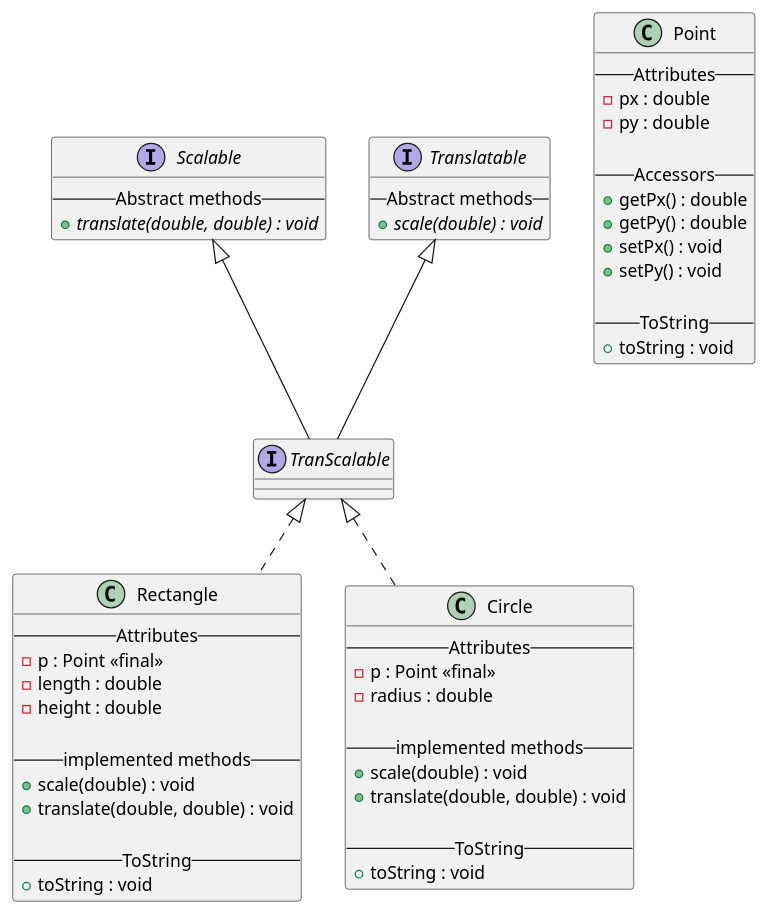
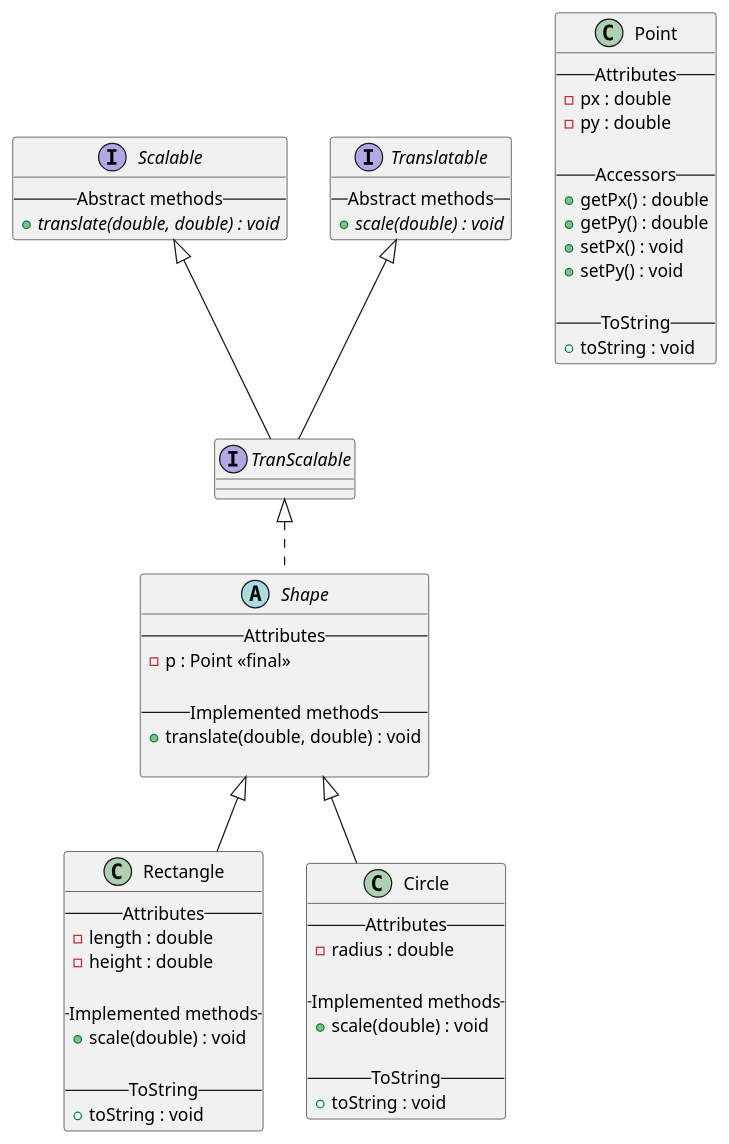
The diagram in 06 - Heritage_Interfaces/src/main/exercise_1/exercise_1.puml (nabil-elma-dev/EPFC-Object-Oriented-Programming), drawn with PlantUML before and after one commit. The commit also changed 3 other files, not shown here.

Commit message:
refactor(interfaces): adding abstract class shape on ex_1

```diff
--- a/06 - Heritage_Interfaces/src/main/exercise_1/exercise_1.puml
+++ b/06 - Heritage_Interfaces/src/main/exercise_1/exercise_1.puml
@@ -1,63 +1,68 @@
 @startuml
 'https://plantuml.com/class-diagram
 
 interface Scalable {
 -- Abstract methods --
     {abstract} + translate(double, double) : void
 }
 
 interface Translatable {
 -- Abstract methods --
    {abstract} + scale(double) : void
 }
 
 interface TranScalable implements Scalable, Translatable {
 }
 
 class Point {
 -- Attributes --
     - px : double
     - py : double
 
 -- Accessors --
     + getPx() : double
     + getPy() : double
     + setPx() : void
     + setPy() : void
 
 -- ToString --
     + toString : void
 }
 
-class Rectangle implements TranScalable{
+abstract class Shape implements TranScalable {
 -- Attributes --
     - p : Point <<final>>
+
+-- Implemented methods --
+    + translate(double, double) : void
+
+}
+
+class Rectangle extends Shape{
+-- Attributes --
     - length : double
     - height : double
 
--- implemented methods --
+-- Implemented methods --
     + scale(double) : void
-    + translate(double, double) : void
 
 -- ToString --
     + toString : void
 }
 
-class Circle implements TranScalable{
+class Circle extends Shape {
 -- Attributes --
-    - p : Point <<final>>
     - radius : double
 
--- implemented methods --
+-- Implemented methods --
     + scale(double) : void
-    + translate(double, double) : void
 
 -- ToString --
     + toString : void
 }
 
 
 
 
 
 @enduml
```
